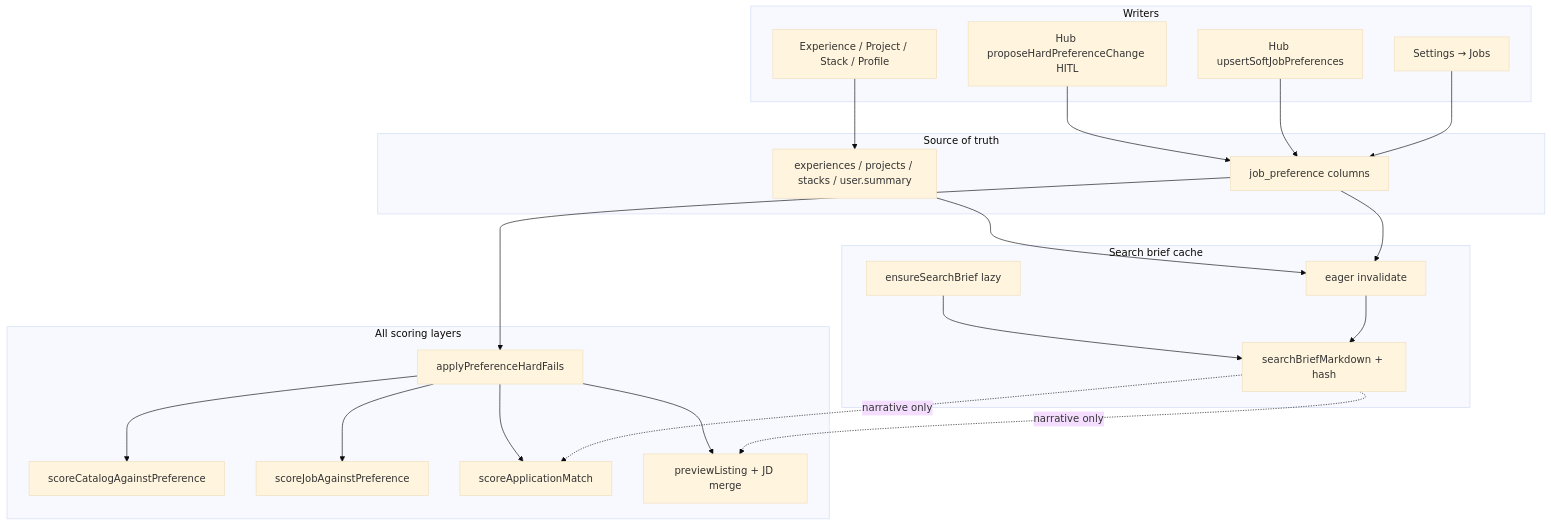
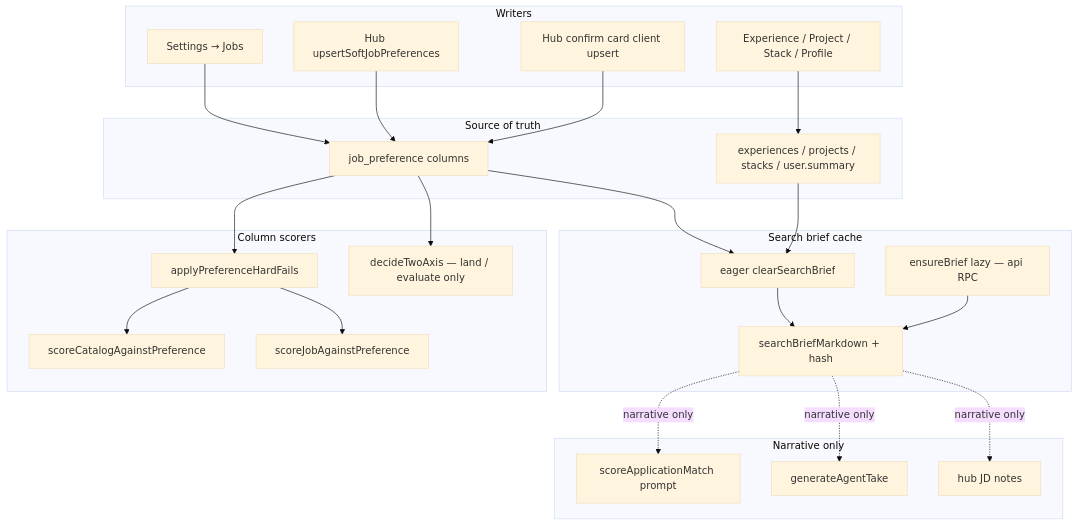
The first of 3 diagrams in docs/superpowers/specs/2026-08-16-search-brief-hub-operator-design.md (salahmohsen/devstack), drawn with Mermaid (base theme) before and after one commit. The commit also changed other lines of this file and 3 other files, not shown here.

First line of the commit message:
fix(harvest): column hard-fails beat mail-harvest LLM pass

````diff
--- a/docs/superpowers/specs/2026-08-16-search-brief-hub-operator-design.md
+++ b/docs/superpowers/specs/2026-08-16-search-brief-hub-operator-design.md
@@ -176,44 +191,49 @@
 ```mermaid
 flowchart TD
   subgraph writers [Writers]
     Settings["Settings → Jobs"]
     HubSoft["Hub upsertSoftJobPreferences"]
-    HubHard["Hub proposeHardPreferenceChange HITL"]
+    HubHard["Hub confirm card client upsert"]
     Forms["Experience / Project / Stack / Profile"]
   end
 
   subgraph sot [Source of truth]
     Prefs["job_preference columns"]
     Evidence["experiences / projects / stacks / user.summary"]
   end
 
   subgraph cache [Search brief cache]
-    Invalidate["eager invalidate"]
-    Ensure["ensureSearchBrief lazy"]
+    Invalidate["eager clearSearchBrief"]
+    Ensure["ensureBrief lazy — api RPC"]
     MD["searchBriefMarkdown + hash"]
   end
 
-  subgraph scorers [All scoring layers]
+  subgraph columnScorers [Column scorers]
     Hard["applyPreferenceHardFails"]
     Cheap["scoreCatalogAgainstPreference"]
     Harvest["scoreJobAgainstPreference"]
-    AI["scoreApplicationMatch"]
-    Hub["previewListing + JD merge"]
+    TwoAxis["decideTwoAxis — land / evaluate only"]
+  end
+
+  subgraph narrative [Narrative only]
+    AI["scoreApplicationMatch prompt"]
+    Take["generateAgentTake"]
+    HubNotes["hub JD notes"]
   end
 
   Settings --> Prefs
   HubSoft --> Prefs
   HubHard --> Prefs
   Forms --> Evidence
   Prefs --> Invalidate
   Evidence --> Invalidate
   Invalidate --> MD
   Ensure --> MD
   Prefs --> Hard
+  Prefs --> TwoAxis
   MD -.->|"narrative only"| AI
-  MD -.->|"narrative only"| Hub
+  MD -.->|"narrative only"| Take
+  MD -.->|"narrative only"| HubNotes
   Hard --> Cheap
   Hard --> Harvest
-  Hard --> AI
-  Hard --> Hub
 ```
````
